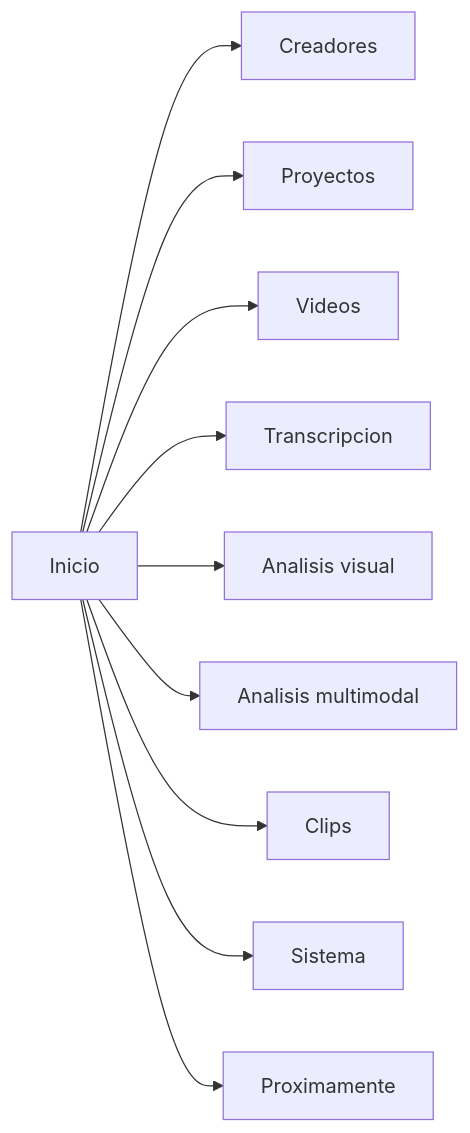
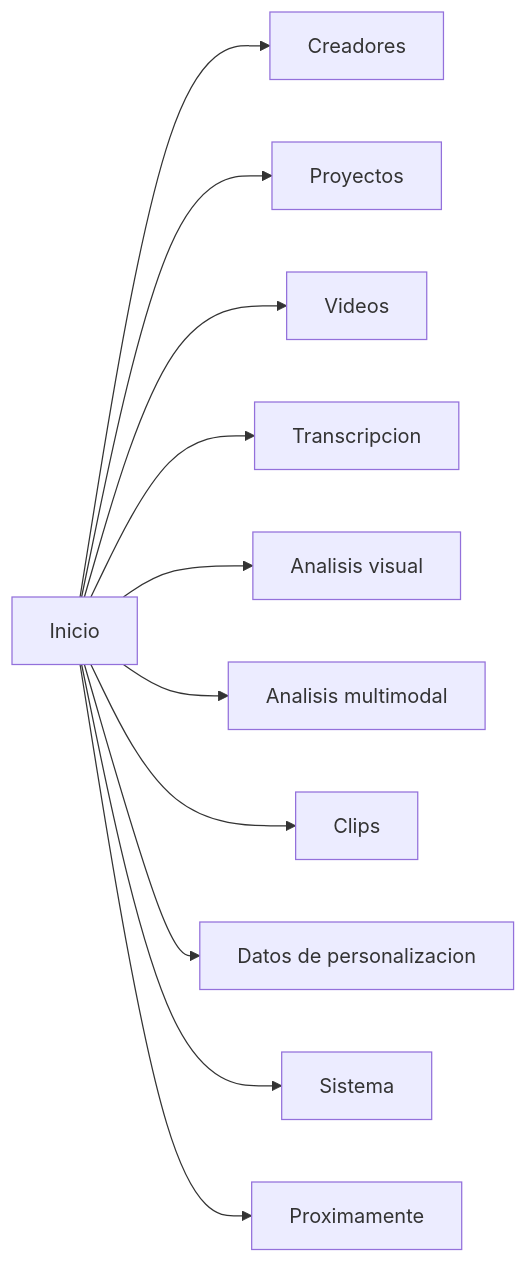
One commit to AS26-Lab/Creator_Inteligence_Studio changed the diagram in docs/UI_MAP.md. Above: the diagram before and after it, drawn with Mermaid. The commit also changed other lines of this file and 35 other files, not shown here.

````diff
--- a/docs/UI_MAP.md
+++ b/docs/UI_MAP.md
@@ -5,12 +5,13 @@
 ```mermaid
 flowchart LR
     Home[Inicio] --> Creators[Creadores]
     Home --> Projects[Proyectos]
     Home --> Media[Videos]
     Home --> Transcription[Transcripcion]
     Home --> Visual[Analisis visual]
     Home --> Multimodal[Analisis multimodal]
     Home --> Clips[Clips]
+    Home --> Personalization[Datos de personalizacion]
     Home --> System[Sistema]
     Home --> Future[Proximamente]
 ```
````
